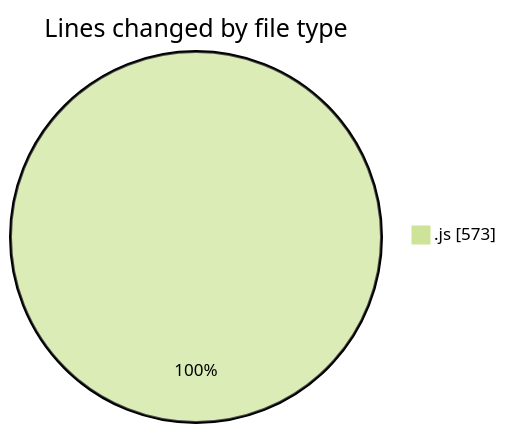
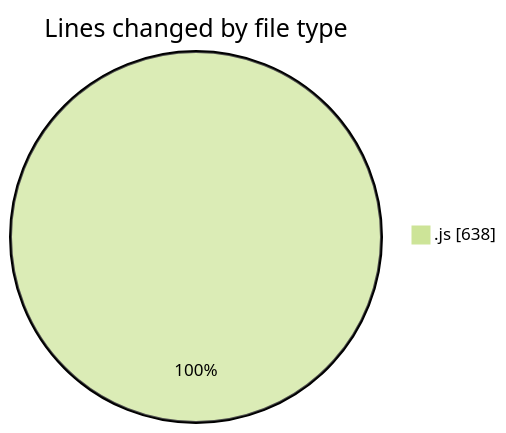
The first of 2 diagrams in 2025-11-02/nxtqube_webapp/README.md (nxtqubesakshisongat/code-tracking), drawn with Mermaid (forest theme) before and after one commit. The commit also changed other lines of this file and 1 other file, not shown here.

````diff
--- a/2025-11-02/nxtqube_webapp/README.md
+++ b/2025-11-02/nxtqube_webapp/README.md
@@ -22,5 +22,5 @@
 ```mermaid
 pie showData
 title Lines changed by file type
-".js" : 573
+".js" : 638
 ```
````
